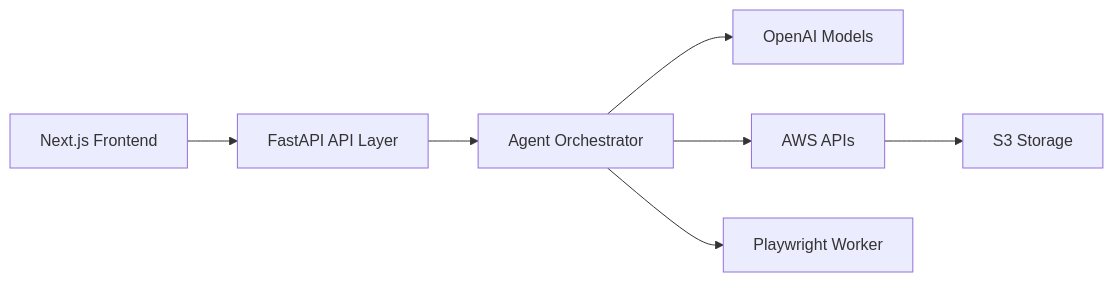
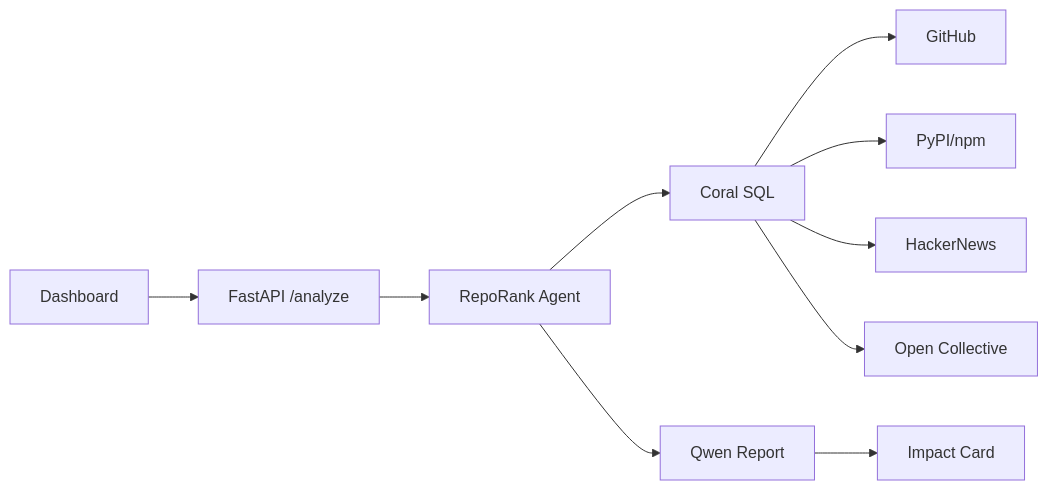
Before and after one commit to himanshu748/himanshu748: the first of 3 diagrams in README.md, drawn with Mermaid. The commit also changed other lines of this file and 5 other files, not shown here.

````diff
--- a/README.md
+++ b/README.md
@@ -84,9 +85,12 @@
 ```mermaid
 flowchart LR
-  UI["Next.js Frontend"] --> API["FastAPI API Layer"]
-  API --> AGENT["Agent Orchestrator"]
-  AGENT --> LLM["OpenAI Models"]
-  AGENT --> AWS["AWS APIs"]
-  AGENT --> PW["Playwright Worker"]
-  AWS --> S3["S3 Storage"]
+  UI["Dashboard"] --> API["FastAPI /analyze"]
+  API --> ORC["RepoRank Agent"]
+  ORC --> CORAL["Coral SQL"]
+  CORAL --> GH["GitHub"]
+  CORAL --> PKG["PyPI/npm"]
+  CORAL --> HN["HackerNews"]
+  CORAL --> OC["Open Collective"]
+  ORC --> LLM["Qwen Report"]
+  LLM --> CARD["Impact Card"]
 ```
````
